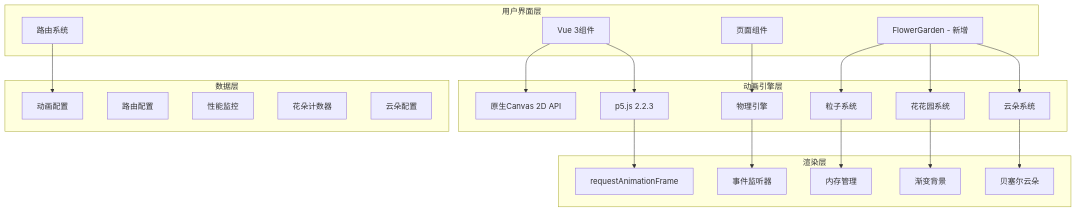
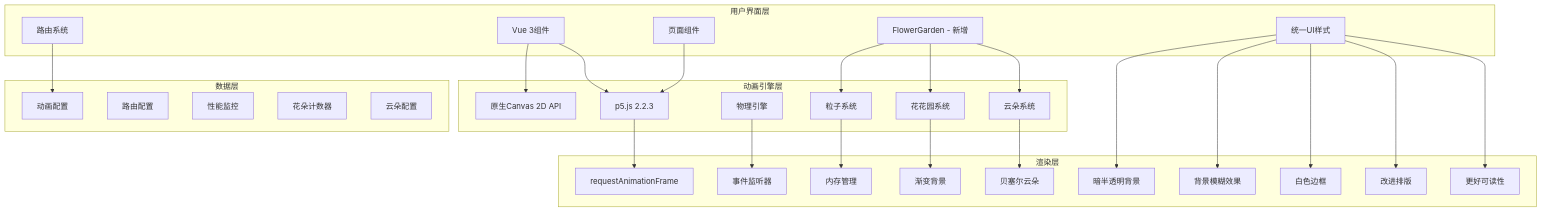
The second of 13 diagrams in .qoder/repowiki/zh/content/技术架构/Canvas动画系统/Canvas动画系统.md (yuyezhizhi/yuyezhizhi.github.io), drawn with Mermaid before and after one commit. The commit also changed other lines of this file and 31 other files, not shown here.

````diff
--- a/.qoder/repowiki/zh/content/技术架构/Canvas动画系统/Canvas动画系统.md
+++ b/.qoder/repowiki/zh/content/技术架构/Canvas动画系统/Canvas动画系统.md
@@ -101,43 +113,54 @@
 ```mermaid
 graph TB
 subgraph "用户界面层"
 A[Vue 3组件]
 B[路由系统]
 C[页面组件]
 D[FlowerGarden - 新增]
+E[统一UI样式]
 end
 subgraph "动画引擎层"
-E[原生Canvas 2D API]
-F[p5.js 2.2.3]
-G[物理引擎]
-H[花花园系统]
-I[云朵系统]
-J[粒子系统]
+F[原生Canvas 2D API]
+G[p5.js 2.2.3]
+H[物理引擎]
+I[花花园系统]
+J[云朵系统]
+K[粒子系统]
 end
 subgraph "数据层"
-K[动画配置]
-L[路由配置]
-M[性能监控]
-N[花朵计数器]
-O[云朵配置]
+L[动画配置]
+M[路由配置]
+N[性能监控]
+O[花朵计数器]
+P[云朵配置]
 end
 subgraph "渲染层"
-P[requestAnimationFrame]
-Q[事件监听器]
-R[内存管理]
-S[渐变背景]
-T[贝塞尔云朵]
+Q[requestAnimationFrame]
+R[事件监听器]
+S[内存管理]
+T[渐变背景]
+U[贝塞尔云朵]
+V[暗半透明背景]
+W[背景模糊效果]
+X[白色边框]
+Y[改进排版]
+Z[更好可读性]
 end
-A --> E
 A --> F
-B --> K
+A --> G
+B --> L
 C --> G
-D --> H
 D --> I
 D --> J
-F --> P
+D --> K
 G --> Q
-H --> S
+H --> R
 I --> T
-J --> R
+J --> U
+K --> S
+E --> V
+E --> W
+E --> X
+E --> Y
+E --> Z
 ```
````
